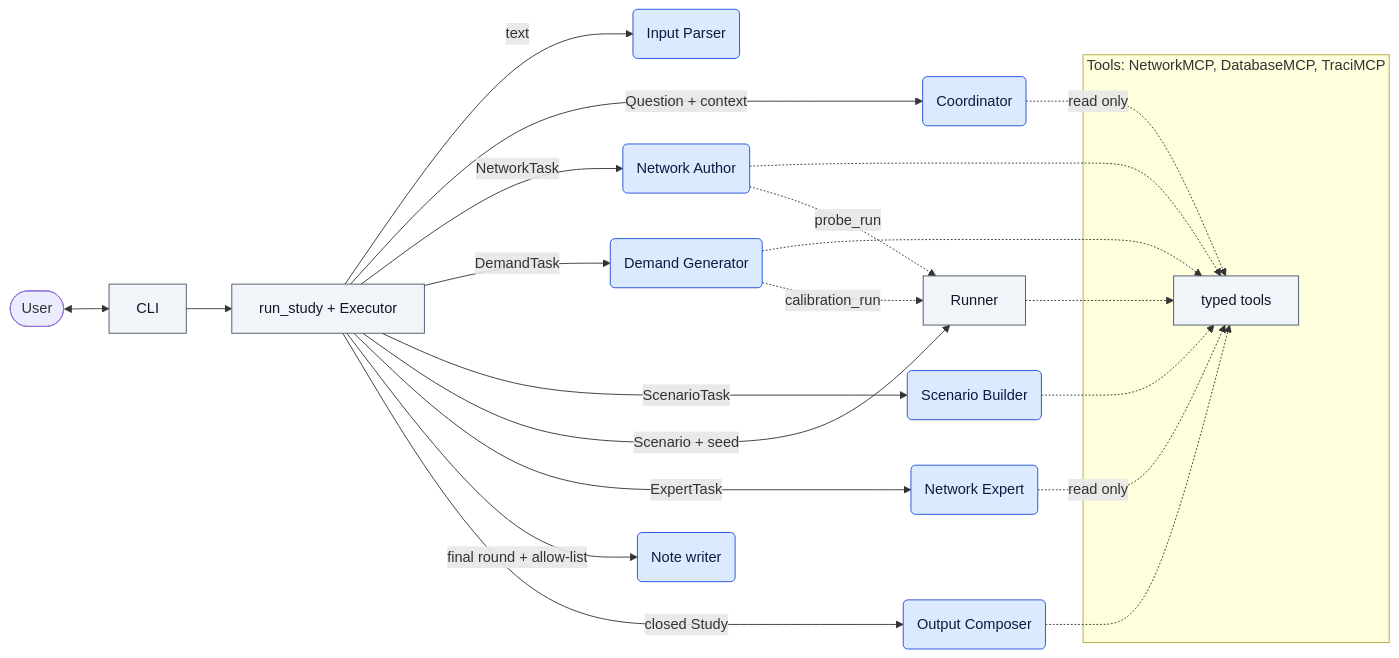
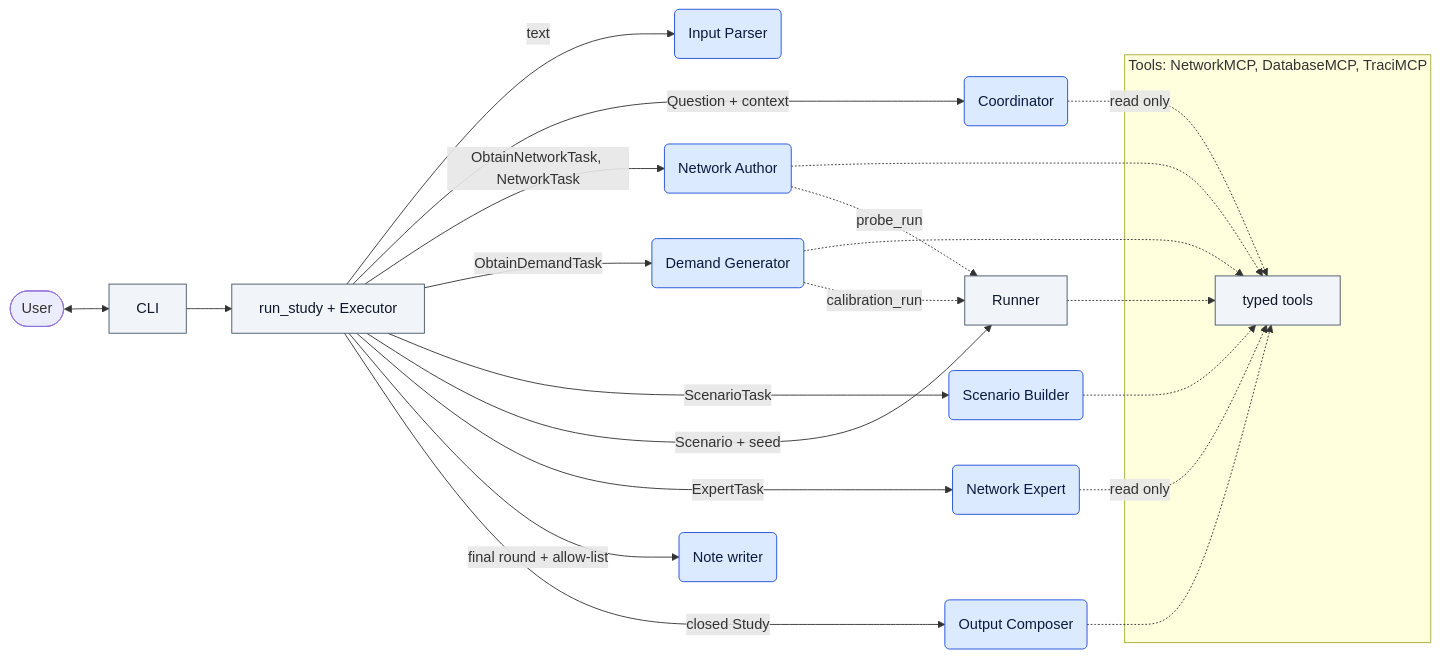
The third of 3 diagrams in docs/study-flows.md (ferranUPC/resto), drawn with Mermaid before and after one commit. The commit also changed other lines of this file and 10 other files, not shown here.

Commit message:
review fixes for e5.14.01: obtain_demand by FromStep, NetworkTask only derives, stale names

````diff
--- a/docs/study-flows.md
+++ b/docs/study-flows.md
@@ -190,30 +190,30 @@
 ```mermaid
 flowchart LR
   classDef agent fill:#dbeafe,stroke:#1d4ed8,color:#0b1b3f
   classDef code fill:#f1f5f9,stroke:#475569,color:#0f172a
 
   User([User]) <--> CLI[CLI]:::code
   CLI --> EXE[run_study + Executor]:::code
   EXE -->|text| P(Input Parser):::agent
   EXE -->|Question + context| C(Coordinator):::agent
-  EXE -->|NetworkTask| NA(Network Author):::agent
-  EXE -->|DemandTask| DG(Demand Generator):::agent
+  EXE -->|ObtainNetworkTask, NetworkTask| NA(Network Author):::agent
+  EXE -->|ObtainDemandTask| DG(Demand Generator):::agent
   EXE -->|ScenarioTask| SB(Scenario Builder):::agent
   EXE -->|Scenario + seed| RUN[Runner]:::code
   EXE -->|ExpertTask| EX(Network Expert):::agent
   EXE -->|final round + allow-list| NW(Note writer):::agent
   EXE -->|closed Study| CO(Output Composer):::agent
 
   subgraph TOOLS[Tools: NetworkMCP, DatabaseMCP, TraciMCP]
     T[typed tools]:::code
   end
   C -.read only.-> T
   NA -.-> T
   NA -.probe_run.-> RUN
   DG -.-> T
   DG -.calibration_run.-> RUN
   SB -.-> T
   EX -.read only.-> T
   CO -.-> T
   RUN -.-> T
 ```
````
